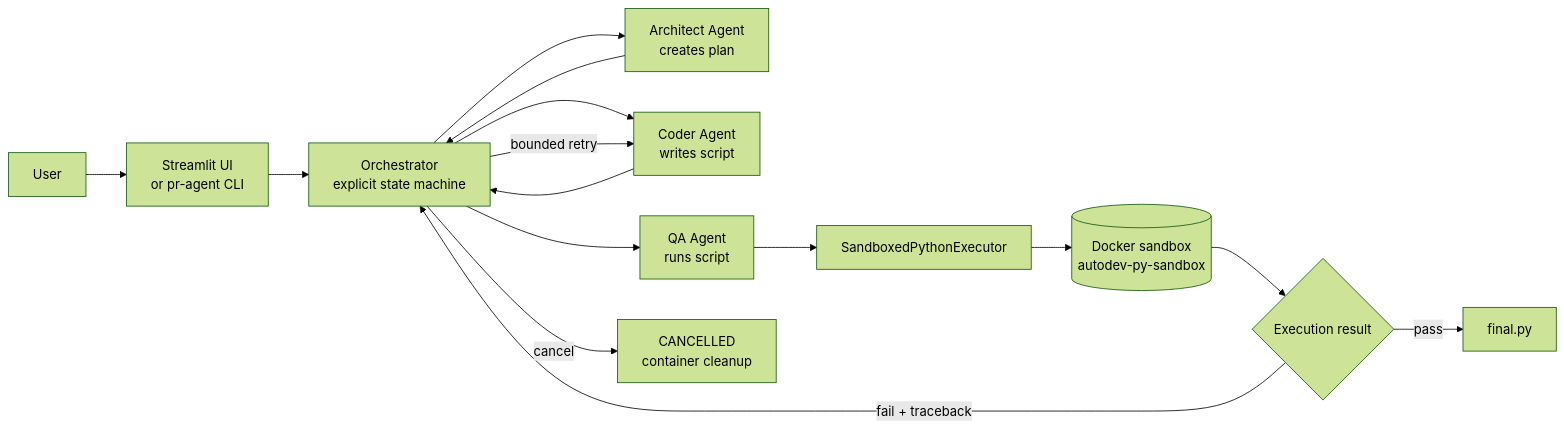
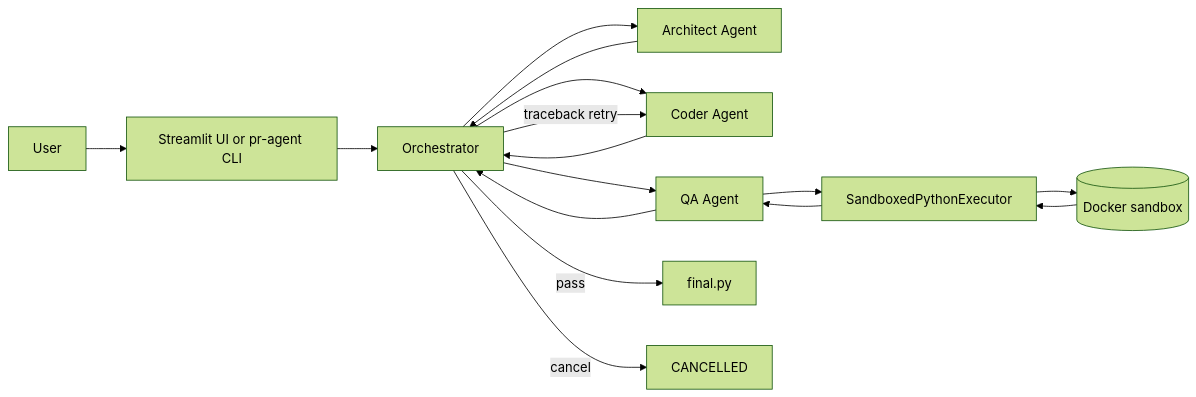
Before and after one commit to praveen-dhankhar/AutoDev.Py: the diagram in README.md, drawn with Mermaid (forest theme). The commit also changed other lines of this file and 3 other files, not shown here.

````diff
--- a/README.md
+++ b/README.md
@@ -17,21 +28,22 @@
 ```mermaid
 flowchart LR
-    U[User] --> UI[Streamlit UI<br/>or pr-agent CLI]
-    UI --> O[Orchestrator<br/>explicit state machine]
+    U[User] --> UI[Streamlit UI or pr-agent CLI]
+    UI --> O[Orchestrator]
 
-    O --> A[Architect Agent<br/>creates plan]
+    O --> A[Architect Agent]
     A --> O
 
-    O --> C[Coder Agent<br/>writes script]
+    O --> C[Coder Agent]
     C --> O
 
-    O --> Q[QA Agent<br/>runs script]
+    O --> Q[QA Agent]
     Q --> E[SandboxedPythonExecutor]
-    E --> D[(Docker sandbox<br/>autodev-py-sandbox)]
-    D --> R{Execution result}
+    E --> D[(Docker sandbox)]
+    D --> E
+    E --> Q
+    Q --> O
 
-    R -->|pass| F[final.py]
-    R -->|fail + traceback| O
-    O -->|bounded retry| C
-    O -->|cancel| X[CANCELLED<br/>container cleanup]
+    O -->|traceback retry| C
+    O -->|pass| F[final.py]
+    O -->|cancel| X[CANCELLED]
 ```
````
